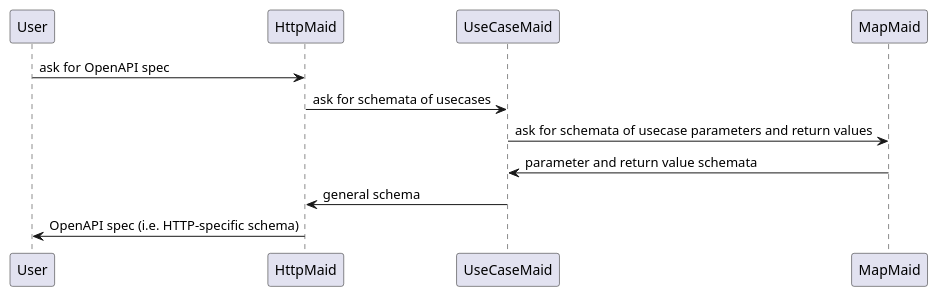
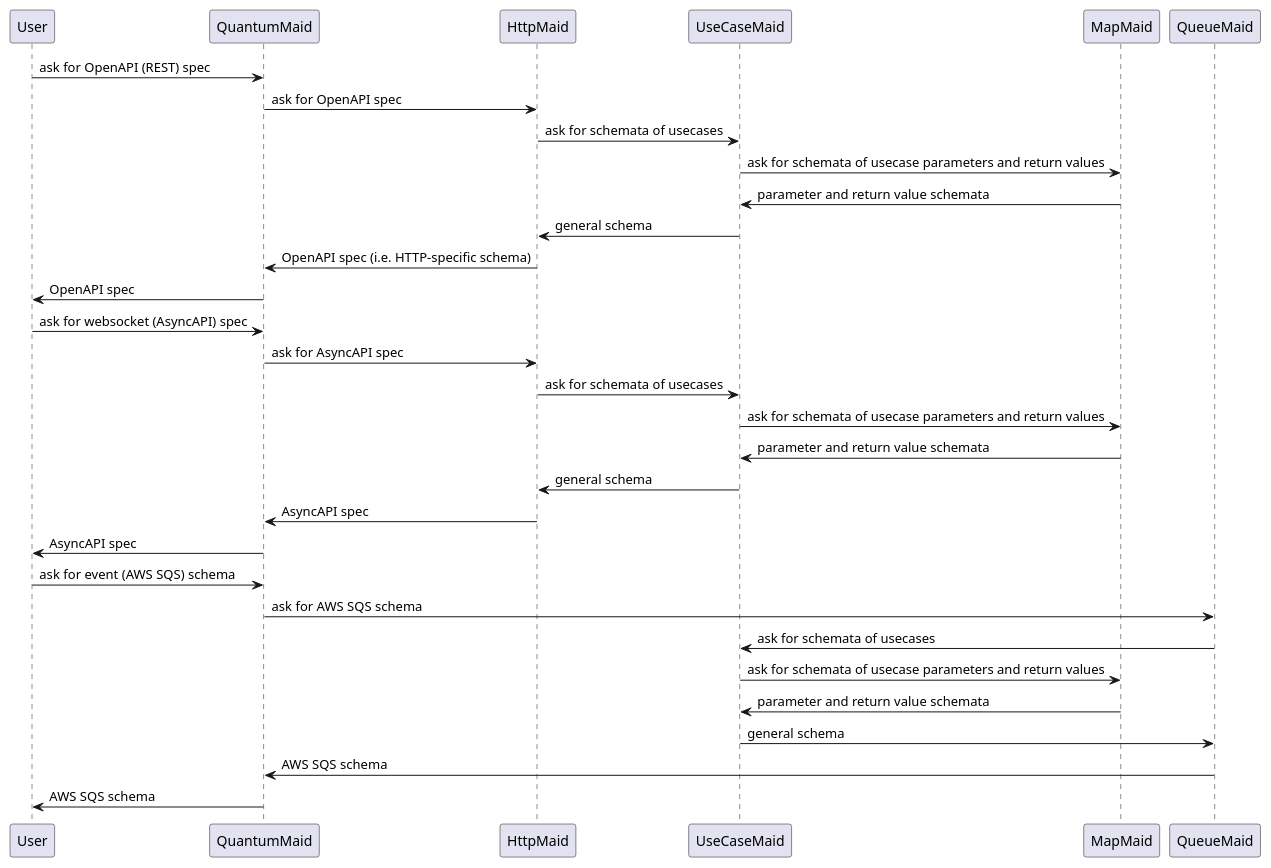
One commit to quantummaid/schemademo changed the diagram in Schema.puml. Above: the diagram before and after it, drawn with PlantUML. The commit also changed 2 other files, not shown here.

```diff
--- a/Schema.puml
+++ b/Schema.puml
@@ -1,11 +1,48 @@
 @startuml
-User -> HttpMaid: ask for OpenAPI spec
+User -> QuantumMaid: ask for OpenAPI (REST) spec
+
+QuantumMaid -> HttpMaid: ask for OpenAPI spec
 HttpMaid -> UseCaseMaid: ask for schemata of usecases
 UseCaseMaid -> MapMaid: ask for schemata of usecase parameters and return values
 MapMaid -> UseCaseMaid: parameter and return value schemata
 
 
 
 UseCaseMaid -> HttpMaid: general schema
-HttpMaid -> User: OpenAPI spec (i.e. HTTP-specific schema)
+HttpMaid -> QuantumMaid: OpenAPI spec (i.e. HTTP-specific schema)
+
+QuantumMaid -> User: OpenAPI spec
+
+
+User -> QuantumMaid: ask for websocket (AsyncAPI) spec
+
+QuantumMaid -> HttpMaid: ask for AsyncAPI spec
+HttpMaid -> UseCaseMaid: ask for schemata of usecases
+UseCaseMaid -> MapMaid: ask for schemata of usecase parameters and return values
+MapMaid -> UseCaseMaid: parameter and return value schemata
+
+
+
+UseCaseMaid -> HttpMaid: general schema
+HttpMaid -> QuantumMaid: AsyncAPI spec
+
+QuantumMaid -> User: AsyncAPI spec
+
+
+
+
+User -> QuantumMaid: ask for event (AWS SQS) schema
+
+QuantumMaid -> QueueMaid: ask for AWS SQS schema
+QueueMaid -> UseCaseMaid: ask for schemata of usecases
+UseCaseMaid -> MapMaid: ask for schemata of usecase parameters and return values
+MapMaid -> UseCaseMaid: parameter and return value schemata
+
+
+
+UseCaseMaid -> QueueMaid: general schema
+QueueMaid -> QuantumMaid: AWS SQS schema
+
+QuantumMaid -> User: AWS SQS schema
+
 @enduml
```
